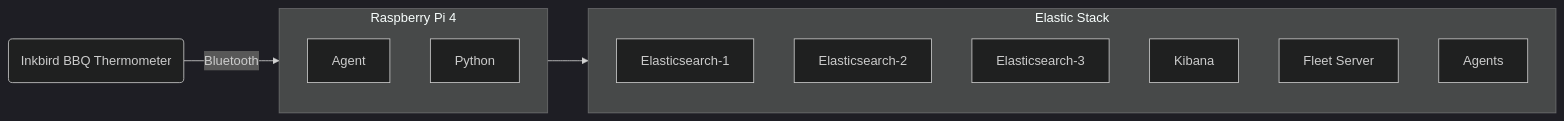
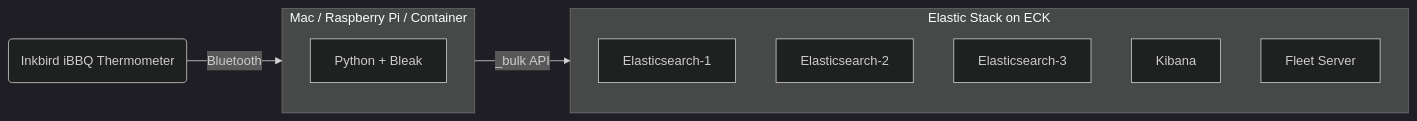
Before and after one commit to jdel12/eckbbqpi: the diagram in README.md, drawn with Mermaid (dark theme). The commit also changed other lines of this file and 3 other files, not shown here.

````diff
--- a/README.md
+++ b/README.md
@@ -9,20 +7,18 @@
 ```mermaid
 flowchart LR
-  Inkbird("Inkbird BBQ Thermometer") --> |Bluetooth|RaspberryPi4
+  Inkbird("Inkbird iBBQ Thermometer") --> |Bluetooth|Host
 
-  subgraph RaspberryPi4[Raspberry Pi 4]
-    Agent[Agent]
-    Python[Python]
+  subgraph Host[Mac / Raspberry Pi / Container]
+    Python[Python + Bleak]
   end
   
-RaspberryPi4 --> ElasticStack
+Host --> |"_bulk API"|ElasticStack
 
-  subgraph ElasticStack[Elastic Stack]
+  subgraph ElasticStack[Elastic Stack on ECK]
     ES1[Elasticsearch-1]
     ES2[Elasticsearch-2]
     ES3[Elasticsearch-3]
     Kibana[Kibana]
     Fleet[Fleet Server]
-    Agents[Agents]
   end
 ```
````
